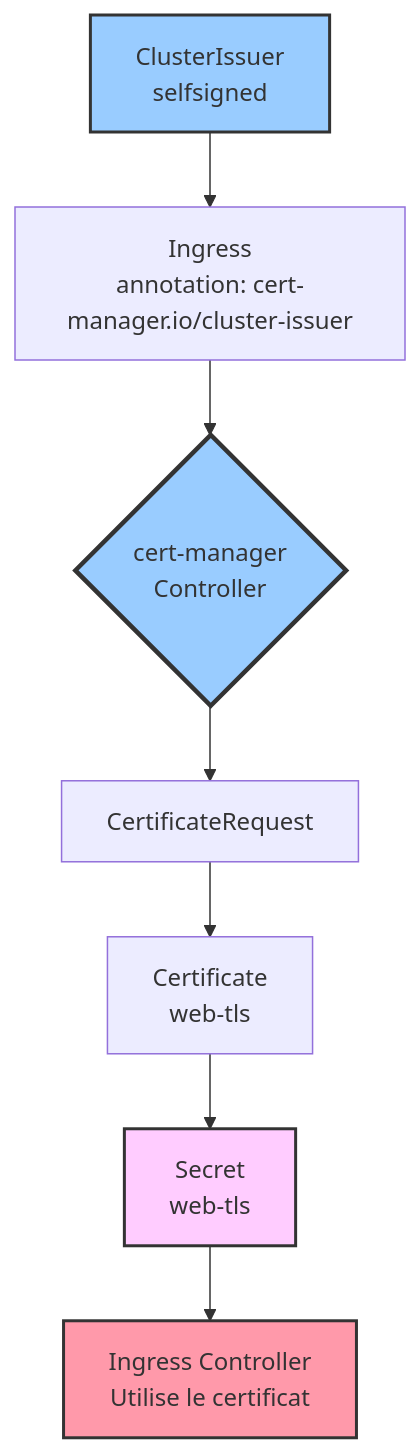
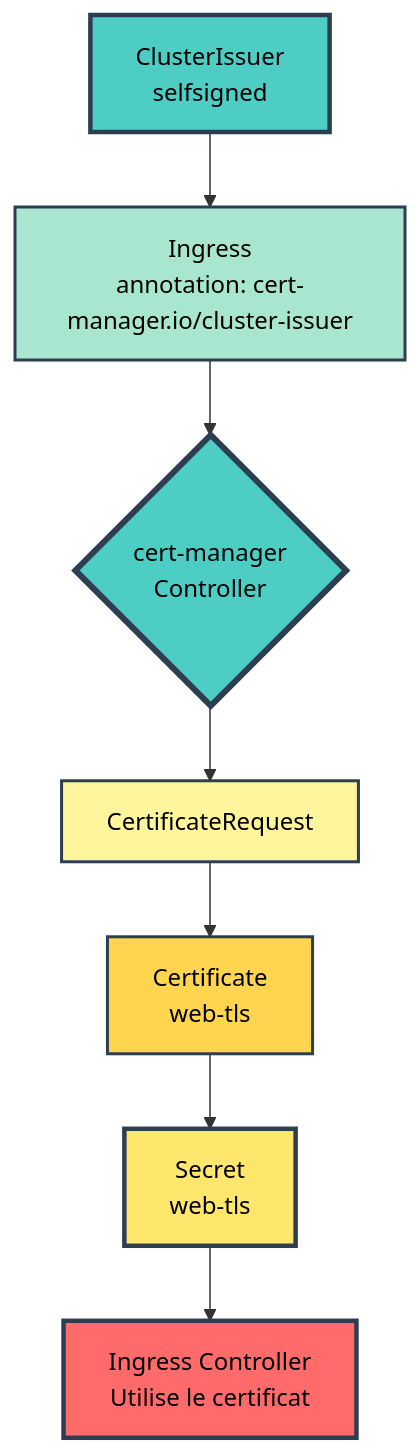
The fourth of 9 diagrams in docs/ARCHITECTURE.md (MPFabio/S4-Ingress-TLS-Config-Secrets), drawn with Mermaid before and after one commit. The commit also changed other lines of this file, not shown here.

Commit message:
Modernisation des diagrammes - Palette de couleurs vibrantes

````diff
--- a/docs/ARCHITECTURE.md
+++ b/docs/ARCHITECTURE.md
@@ -93,14 +101,17 @@
 ```mermaid
 flowchart TB
     A[ClusterIssuer<br/>selfsigned] --> B[Ingress<br/>annotation: cert-manager.io/cluster-issuer]
     B --> C{cert-manager<br/>Controller}
     C --> D[CertificateRequest]
     D --> E[Certificate<br/>web-tls]
     E --> F[Secret<br/>web-tls]
     F --> G[Ingress Controller<br/>Utilise le certificat]
     
-    style A fill:#9cf,stroke:#333,stroke-width:2px
-    style C fill:#9cf,stroke:#333,stroke-width:3px
-    style F fill:#fcf,stroke:#333,stroke-width:2px
-    style G fill:#f9a,stroke:#333,stroke-width:2px
+    style A fill:#4ECDC4,stroke:#2C3E50,stroke-width:3px,color:#000
+    style C fill:#4ECDC4,stroke:#2C3E50,stroke-width:4px,color:#000
+    style F fill:#FFE66D,stroke:#2C3E50,stroke-width:3px,color:#000
+    style G fill:#FF6B6B,stroke:#2C3E50,stroke-width:3px,color:#000
+    style B fill:#A8E6CF,stroke:#2C3E50,stroke-width:2px,color:#000
+    style D fill:#FFF59D,stroke:#2C3E50,stroke-width:2px,color:#000
+    style E fill:#FFD54F,stroke:#2C3E50,stroke-width:2px,color:#000
 ```
````
